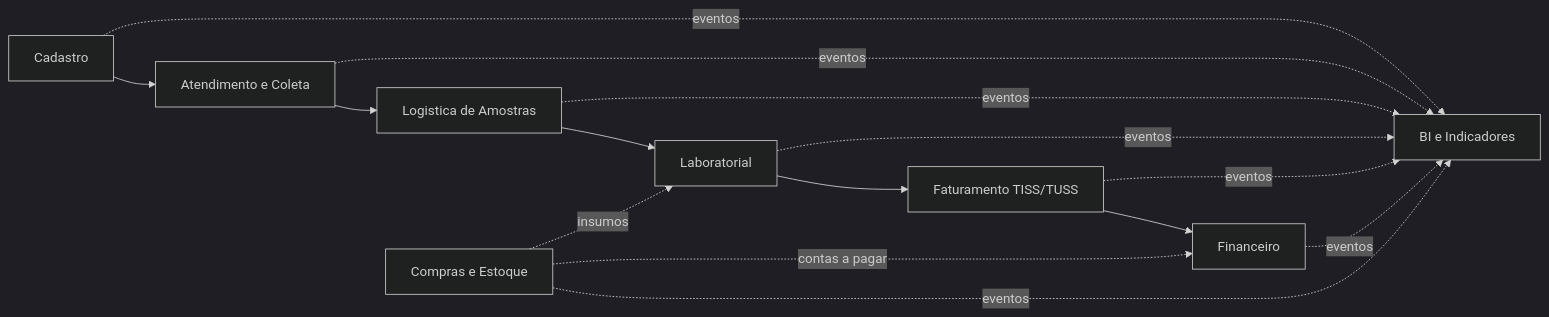
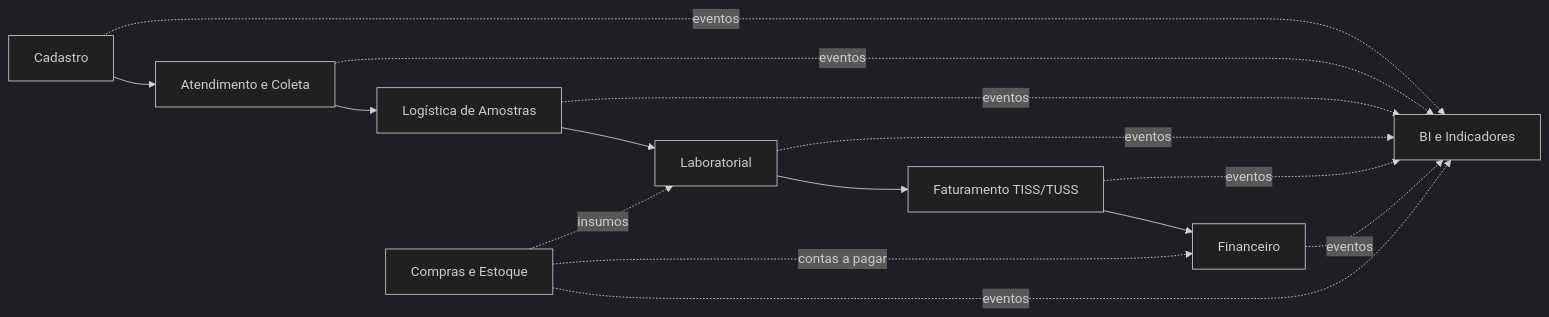
Before and after one commit to MESTREGUGABr/LabVida: the diagram in docs/Entrega 3/Entrega-03-Integracao-Organizacional.md, drawn with Mermaid (dark theme). The commit also changed other lines of this file, not shown here.

````diff
--- a/docs/Entrega 3/Entrega-03-Integracao-Organizacional.md
+++ b/docs/Entrega 3/Entrega-03-Integracao-Organizacional.md
@@ -14,17 +14,17 @@
 ```mermaid
 flowchart LR
     CAD[Cadastro] --> AT[Atendimento e Coleta]
-    AT --> LOG[Logistica de Amostras]
+    AT --> LOG[Logística de Amostras]
     LOG --> LAB[Laboratorial]
     LAB --> FAT[Faturamento TISS/TUSS]
     FAT --> FIN[Financeiro]
     COM[Compras e Estoque] -. insumos .-> LAB
     COM -. contas a pagar .-> FIN
     CAD -. eventos .-> BI[BI e Indicadores]
     AT -. eventos .-> BI
     LOG -. eventos .-> BI
     LAB -. eventos .-> BI
     FAT -. eventos .-> BI
     FIN -. eventos .-> BI
     COM -. eventos .-> BI
 ```
````
